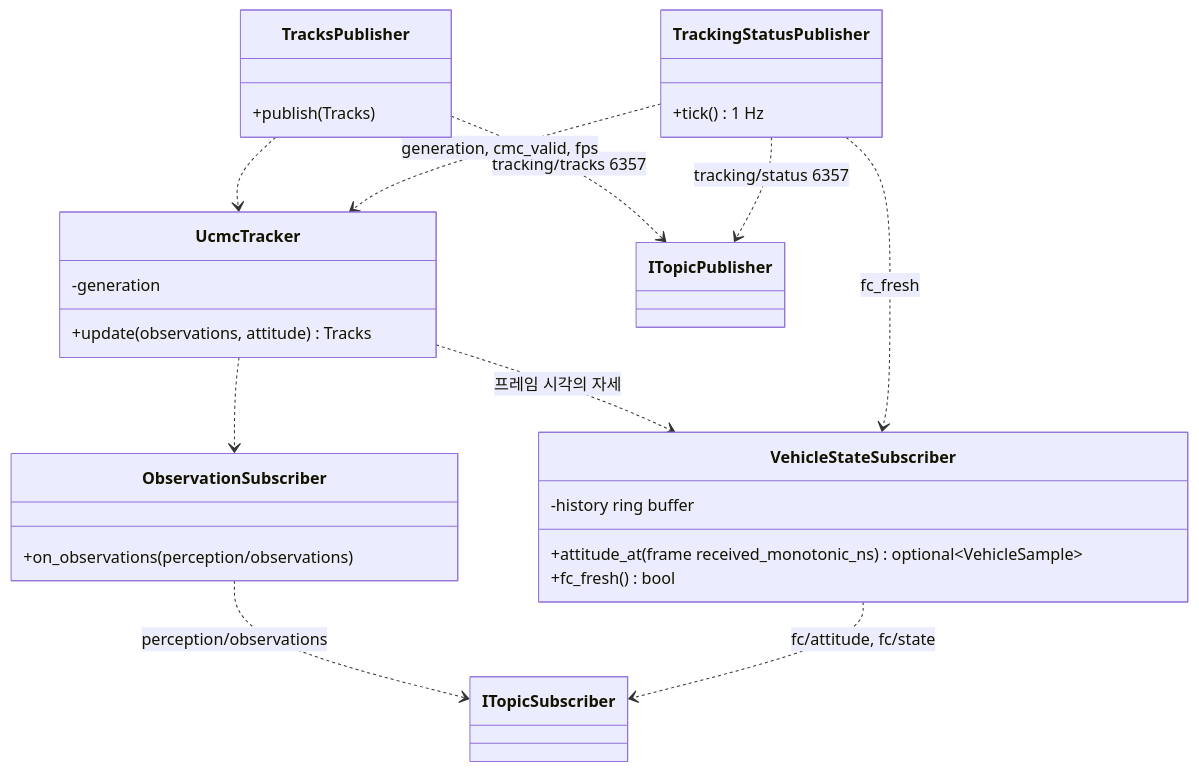
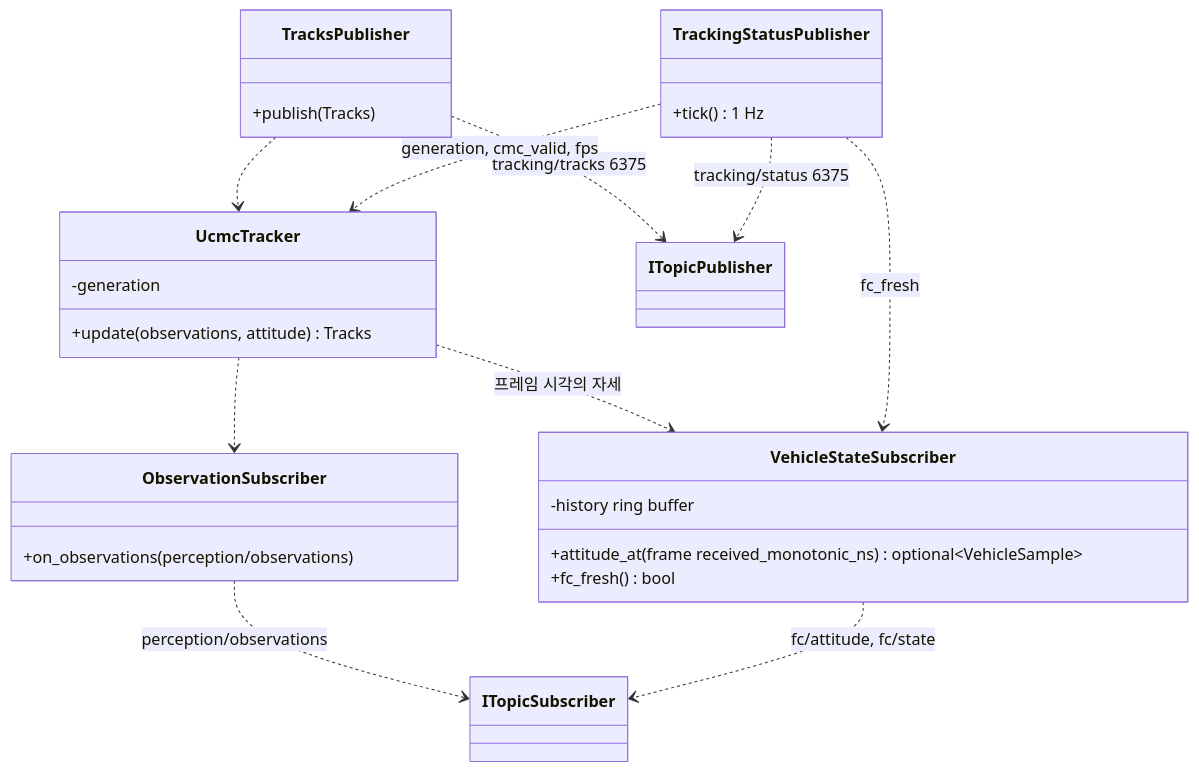
One commit to lig-argus/argus-edge-vision changed the diagram in docs/design/uml/class_tracker.md. Above: the diagram before and after it, drawn with Mermaid. The commit also changed other lines of this file and 26 other files, not shown here.

````diff
--- a/docs/design/uml/class_tracker.md
+++ b/docs/design/uml/class_tracker.md
@@ -9,30 +9,30 @@
 ```mermaid
 classDiagram
     class ObservationSubscriber {
         +on_observations(perception/observations)
     }
     class VehicleStateSubscriber {
         -history ring buffer
         +attitude_at(frame received_monotonic_ns) optional~VehicleSample~
         +fc_fresh() bool
     }
     class UcmcTracker {
         -generation
         +update(observations, attitude) Tracks
     }
     class TracksPublisher {
         +publish(Tracks)
     }
     class TrackingStatusPublisher {
         +tick() 1 Hz
     }
     ObservationSubscriber ..> ITopicSubscriber : perception/observations
     VehicleStateSubscriber ..> ITopicSubscriber : fc/attitude, fc/state
     UcmcTracker ..> ObservationSubscriber
     UcmcTracker ..> VehicleStateSubscriber : 프레임 시각의 자세
     TracksPublisher ..> UcmcTracker
-    TracksPublisher ..> ITopicPublisher : tracking/tracks 6357
+    TracksPublisher ..> ITopicPublisher : tracking/tracks 6375
     TrackingStatusPublisher ..> UcmcTracker : generation, cmc_valid, fps
     TrackingStatusPublisher ..> VehicleStateSubscriber : fc_fresh
-    TrackingStatusPublisher ..> ITopicPublisher : tracking/status 6357
+    TrackingStatusPublisher ..> ITopicPublisher : tracking/status 6375
 ```
````
